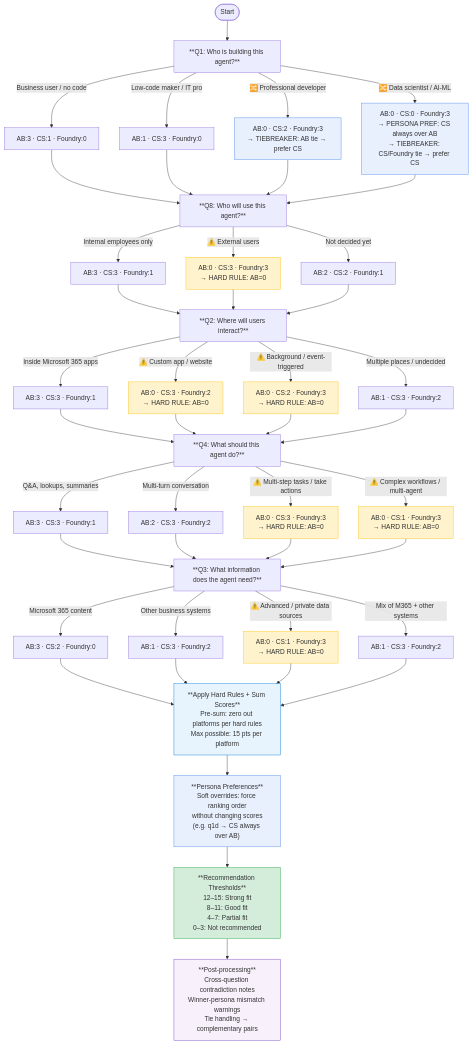
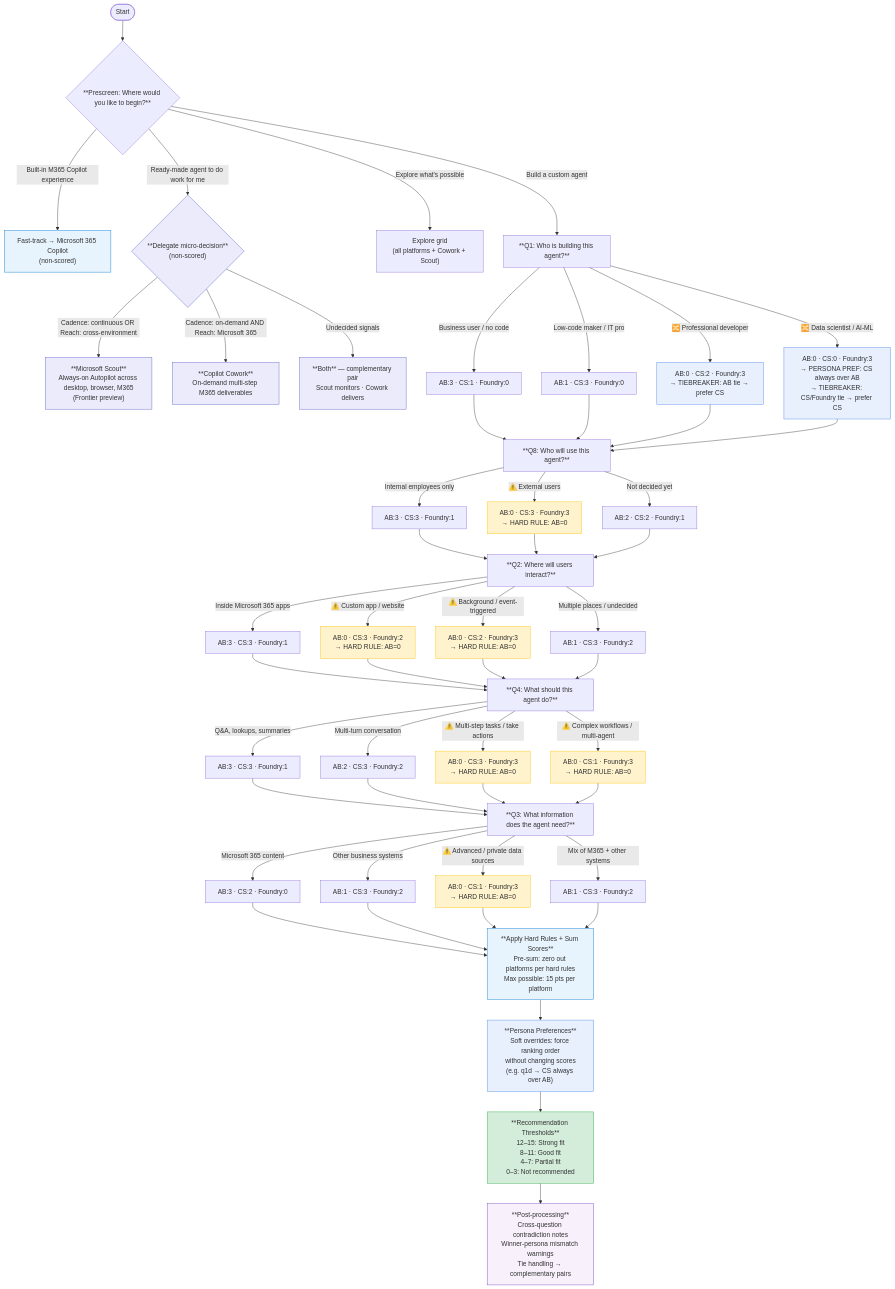
Before and after one commit to microsoft/AgentPlatformAdvisor: the diagram in docs/FLOWCHART.md, drawn with Mermaid. The commit also changed 2 other files, not shown here.

Commit message:
docs: document delegate path in changelog, scoring, flowchart
Copilot-Session: e44abd4a-fa9c-4637-aa10-e4029a226350

````diff
--- a/docs/FLOWCHART.md
+++ b/docs/FLOWCHART.md
@@ -1,64 +1,78 @@
 ```mermaid
 flowchart TD
-    START([Start]) --> Q1
+    START([Start]) --> PRESCREEN{"**Prescreen: Where would you like to begin?**"}
+
+    PRESCREEN -->|Built-in M365 Copilot experience| M365FT["Fast-track → Microsoft 365 Copilot\n(non-scored)"]
+    PRESCREEN -->|Ready-made agent to do work for me| DELEGATE{"**Delegate micro-decision**\n(non-scored)"}
+    PRESCREEN -->|Explore what's possible| EXPLORE["Explore grid\n(all platforms + Cowork + Scout)"]
+    PRESCREEN -->|Build a custom agent| Q1
+
+    DELEGATE -->|"Cadence: continuous OR Reach: cross-environment"| SCOUT["**Microsoft Scout**\nAlways-on Autopilot across desktop, browser, M365\n(Frontier preview)"]
+    DELEGATE -->|"Cadence: on-demand AND Reach: Microsoft 365"| COWORK["**Copilot Cowork**\nOn-demand multi-step M365 deliverables"]
+    DELEGATE -->|"Undecided signals"| BOTH["**Both** — complementary pair\nScout monitors · Cowork delivers"]
 
     Q1["**Q1: Who is building this agent?**"]
     Q1 -->|Business user / no code| Q1A["AB:3 · CS:1 · Foundry:0"]
     Q1 -->|Low-code maker / IT pro| Q1B["AB:1 · CS:3 · Foundry:0"]
     Q1 -->|"🔀 Professional developer"| Q1C["AB:0 · CS:2 · Foundry:3\n→ TIEBREAKER: AB tie → prefer CS"]
     Q1 -->|"🔀 Data scientist / AI-ML"| Q1D["AB:0 · CS:0 · Foundry:3\n→ PERSONA PREF: CS always over AB\n→ TIEBREAKER: CS/Foundry tie → prefer CS"]
 
     Q1A & Q1B & Q1C & Q1D --> Q8
 
     Q8["**Q8: Who will use this agent?**"]
     Q8 -->|Internal employees only| Q8A["AB:3 · CS:3 · Foundry:1"]
     Q8 -->|"⚠️ External users"| Q8B["AB:0 · CS:3 · Foundry:3\n→ HARD RULE: AB=0"]
     Q8 -->|Not decided yet| Q8D["AB:2 · CS:2 · Foundry:1"]
 
     Q8A & Q8B & Q8D --> Q2
 
     Q2["**Q2: Where will users interact?**"]
     Q2 -->|Inside Microsoft 365 apps| Q2A["AB:3 · CS:3 · Foundry:1"]
     Q2 -->|"⚠️ Custom app / website"| Q2B["AB:0 · CS:3 · Foundry:2\n→ HARD RULE: AB=0"]
     Q2 -->|"⚠️ Background / event-triggered"| Q2C["AB:0 · CS:2 · Foundry:3\n→ HARD RULE: AB=0"]
     Q2 -->|Multiple places / undecided| Q2D["AB:1 · CS:3 · Foundry:2"]
 
     Q2A & Q2B & Q2C & Q2D --> Q4
 
     Q4["**Q4: What should this agent do?**"]
     Q4 -->|Q&A, lookups, summaries| Q4A["AB:3 · CS:3 · Foundry:1"]
     Q4 -->|Multi-turn conversation| Q4B["AB:2 · CS:3 · Foundry:2"]
     Q4 -->|"⚠️ Multi-step tasks / take actions"| Q4C["AB:0 · CS:3 · Foundry:3\n→ HARD RULE: AB=0"]
     Q4 -->|"⚠️ Complex workflows / multi-agent"| Q4D["AB:0 · CS:1 · Foundry:3\n→ HARD RULE: AB=0"]
 
     Q4A & Q4B & Q4C & Q4D --> Q3
 
     Q3["**Q3: What information does the agent need?**"]
     Q3 -->|Microsoft 365 content| Q3A["AB:3 · CS:2 · Foundry:0"]
     Q3 -->|"Other business systems"| Q3B["AB:1 · CS:3 · Foundry:2"]
     Q3 -->|"⚠️ Advanced / private data sources"| Q3C["AB:0 · CS:1 · Foundry:3\n→ HARD RULE: AB=0"]
     Q3 -->|Mix of M365 + other systems| Q3D["AB:1 · CS:3 · Foundry:2"]
 
     Q3A & Q3B & Q3C & Q3D --> SCORE
 
     SCORE["**Apply Hard Rules + Sum Scores**\nPre-sum: zero out platforms per hard rules\nMax possible: 15 pts per platform"]
 
     SCORE --> PREF["**Persona Preferences**\nSoft overrides: force ranking order\nwithout changing scores\n(e.g. q1d → CS always over AB)"]
 
     PREF --> RESULT["**Recommendation Thresholds**\n12–15: Strong fit\n8–11: Good fit\n4–7: Partial fit\n0–3: Not recommended"]
 
     RESULT --> NOTES["**Post-processing**\nCross-question contradiction notes\nWinner-persona mismatch warnings\nTie handling → complementary pairs"]
 
     style Q1C fill:#e8f0fe,stroke:#4a86e8
     style Q1D fill:#e8f0fe,stroke:#4a86e8
+    style SCOUT fill:#ECEBFB,stroke:#5B5FC7
+    style COWORK fill:#ECEBFB,stroke:#5B5FC7
+    style BOTH fill:#ECEBFB,stroke:#5B5FC7
+    style DELEGATE fill:#ECEBFB,stroke:#5B5FC7
+    style M365FT fill:#e8f4fd,stroke:#0078D4
     style Q8B fill:#fff3cd,stroke:#ffc107
     style Q2B fill:#fff3cd,stroke:#ffc107
     style Q2C fill:#fff3cd,stroke:#ffc107
     style Q4C fill:#fff3cd,stroke:#ffc107
     style Q4D fill:#fff3cd,stroke:#ffc107
     style Q3C fill:#fff3cd,stroke:#ffc107
     style SCORE fill:#e8f4fd,stroke:#0078D4
     style PREF fill:#e8f0fe,stroke:#4a86e8
     style RESULT fill:#d4edda,stroke:#28a745
     style NOTES fill:#f8f0fb,stroke:#6f42c1
 ```
````
